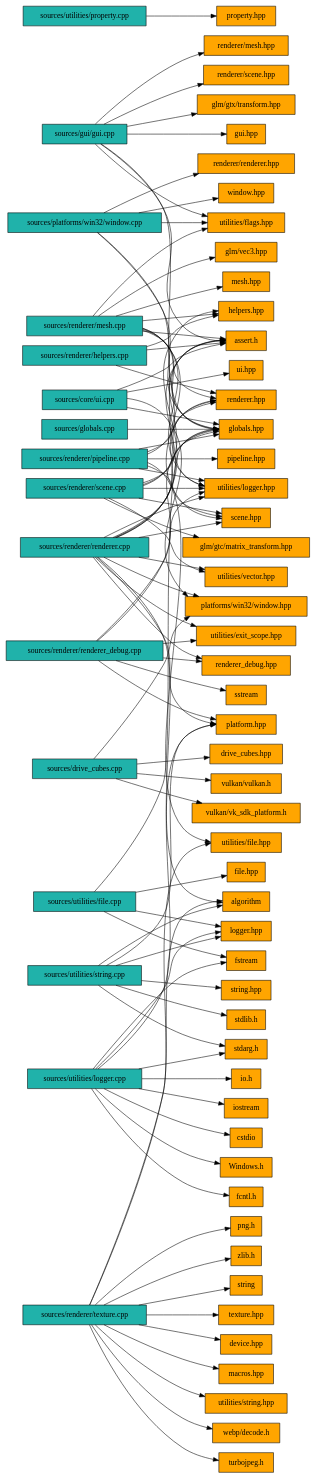
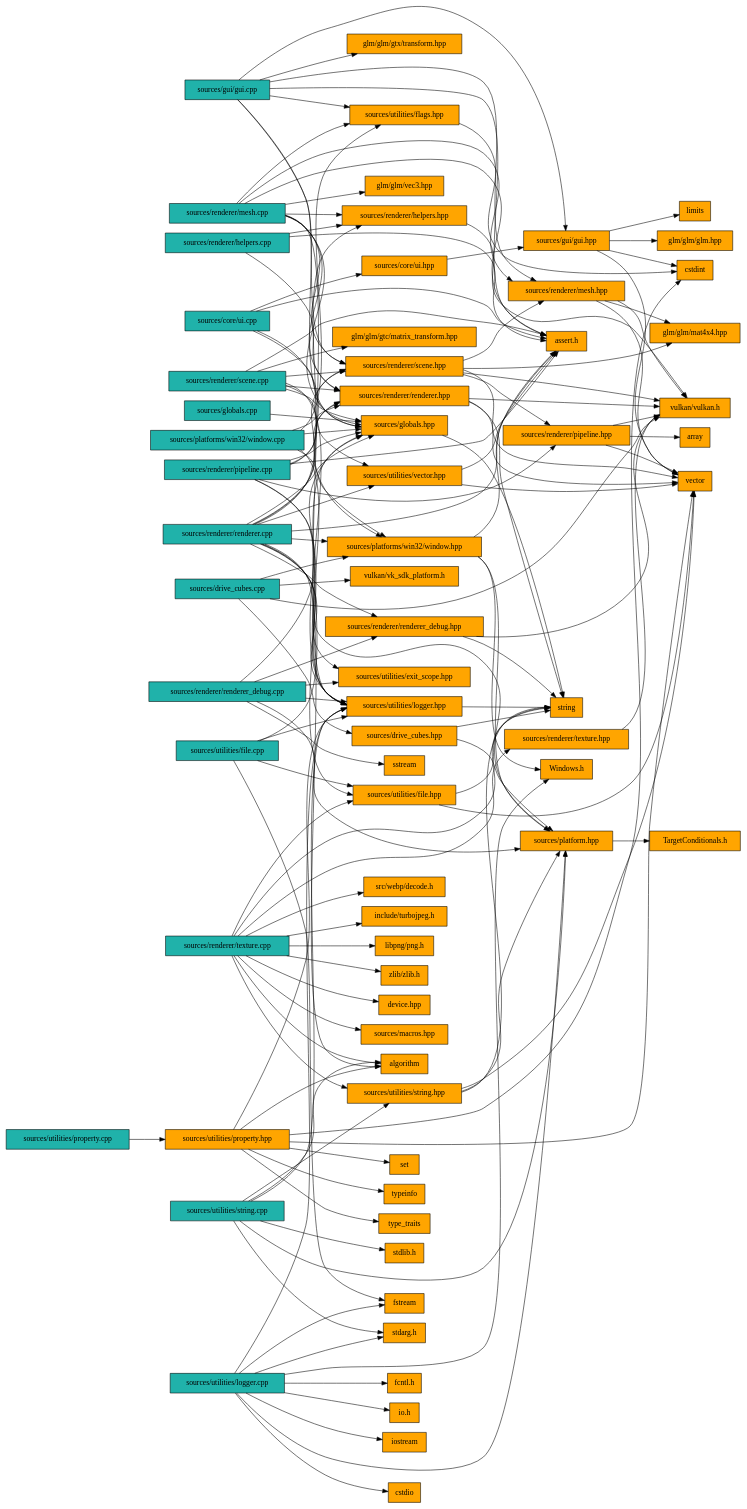
Before and after one commit to Flamaros/cpp-includes-graph: the diagram in results/DriveCubes.dot, drawn with Graphviz. The commit also changed 4 other files, not shown here.

```diff
--- a/results/DriveCubes.dot
+++ b/results/DriveCubes.dot
@@ -2,164 +2,213 @@
 	rankdir = LR
 	a [label="sources/core/ui.cpp" shape=box, style=filled, fillcolor=lightseagreen]
 	a -> b
-	b [label="ui.hpp" shape=box, style=filled, fillcolor=orange]
-	a -> c
-	c [label="globals.hpp" shape=box, style=filled, fillcolor=orange]
-	a -> d
-	d [label="platforms/win32/window.hpp" shape=box, style=filled, fillcolor=orange]
-	a -> e
-	e [label="assert.h" shape=box, style=filled, fillcolor=orange]
-	f [label="sources/drive_cubes.cpp" shape=box, style=filled, fillcolor=lightseagreen]
-	f -> g
-	g [label="drive_cubes.hpp" shape=box, style=filled, fillcolor=orange]
-	f -> h
-	h [label="vulkan/vulkan.h" shape=box, style=filled, fillcolor=orange]
-	f -> i
-	i [label="vulkan/vk_sdk_platform.h" shape=box, style=filled, fillcolor=orange]
-	f -> d
-	j [label="sources/globals.cpp" shape=box, style=filled, fillcolor=lightseagreen]
-	j -> c
-	k [label="sources/gui/gui.cpp" shape=box, style=filled, fillcolor=lightseagreen]
+	b [label="sources/core/ui.hpp" shape=box, style=filled, fillcolor=orange]
+	b -> c
+	c [label="sources/gui/gui.hpp" shape=box, style=filled, fillcolor=orange]
+	c -> d
+	d [label="limits" shape=box, style=filled, fillcolor=orange]
+	c -> e
+	e [label="vector" shape=box, style=filled, fillcolor=orange]
+	c -> f
+	f [label="cstdint" shape=box, style=filled, fillcolor=orange]
+	c -> g
+	g [label="glm/glm/glm.hpp" shape=box, style=filled, fillcolor=orange]
+	a -> h
+	h [label="sources/globals.hpp" shape=box, style=filled, fillcolor=orange]
+	h -> i
+	i [label="string" shape=box, style=filled, fillcolor=orange]
+	a -> j
+	j [label="sources/platforms/win32/window.hpp" shape=box, style=filled, fillcolor=orange]
+	j -> k
+	k [label="sources/platform.hpp" shape=box, style=filled, fillcolor=orange]
 	k -> l
-	l [label="gui.hpp" shape=box, style=filled, fillcolor=orange]
-	k -> m
-	m [label="renderer/mesh.hpp" shape=box, style=filled, fillcolor=orange]
-	k -> n
-	n [label="renderer/scene.hpp" shape=box, style=filled, fillcolor=orange]
-	k -> o
-	o [label="utilities/flags.hpp" shape=box, style=filled, fillcolor=orange]
-	k -> c
-	k -> p
-	p [label="glm/gtx/transform.hpp" shape=box, style=filled, fillcolor=orange]
-	k -> e
-	q [label="sources/platforms/win32/window.cpp" shape=box, style=filled, fillcolor=lightseagreen]
-	q -> r
-	r [label="window.hpp" shape=box, style=filled, fillcolor=orange]
-	q -> o
-	q -> s
-	s [label="utilities/logger.hpp" shape=box, style=filled, fillcolor=orange]
-	q -> t
-	t [label="renderer/renderer.hpp" shape=box, style=filled, fillcolor=orange]
-	q -> c
-	u [label="sources/renderer/helpers.cpp" shape=box, style=filled, fillcolor=lightseagreen]
+	l [label="TargetConditionals.h" shape=box, style=filled, fillcolor=orange]
+	j -> m
+	m [label="Windows.h" shape=box, style=filled, fillcolor=orange]
+	j -> n
+	n [label="assert.h" shape=box, style=filled, fillcolor=orange]
+	a -> n
+	o [label="sources/drive_cubes.cpp" shape=box, style=filled, fillcolor=lightseagreen]
+	o -> p
+	p [label="sources/drive_cubes.hpp" shape=box, style=filled, fillcolor=orange]
+	p -> k
+	p -> i
+	o -> q
+	q [label="vulkan/vulkan.h" shape=box, style=filled, fillcolor=orange]
+	o -> r
+	r [label="vulkan/vk_sdk_platform.h" shape=box, style=filled, fillcolor=orange]
+	o -> j
+	s [label="sources/globals.cpp" shape=box, style=filled, fillcolor=lightseagreen]
+	s -> h
+	t [label="sources/gui/gui.cpp" shape=box, style=filled, fillcolor=lightseagreen]
+	t -> c
+	t -> u
+	u [label="sources/renderer/mesh.hpp" shape=box, style=filled, fillcolor=orange]
+	u -> q
 	u -> v
-	v [label="helpers.hpp" shape=box, style=filled, fillcolor=orange]
-	u -> w
-	w [label="renderer.hpp" shape=box, style=filled, fillcolor=orange]
+	v [label="glm/glm/mat4x4.hpp" shape=box, style=filled, fillcolor=orange]
 	u -> e
-	x [label="sources/renderer/mesh.cpp" shape=box, style=filled, fillcolor=lightseagreen]
+	t -> w
+	w [label="sources/renderer/scene.hpp" shape=box, style=filled, fillcolor=orange]
+	w -> u
+	w -> x
+	x [label="sources/renderer/pipeline.hpp" shape=box, style=filled, fillcolor=orange]
+	x -> q
 	x -> y
-	y [label="mesh.hpp" shape=box, style=filled, fillcolor=orange]
-	x -> v
-	x -> w
-	x -> z
-	z [label="scene.hpp" shape=box, style=filled, fillcolor=orange]
-	x -> o
-	x -> s
-	x -> c
-	x -> ab
-	ab [label="glm/vec3.hpp" shape=box, style=filled, fillcolor=orange]
+	y [label="array" shape=box, style=filled, fillcolor=orange]
 	x -> e
-	bb [label="sources/renderer/pipeline.cpp" shape=box, style=filled, fillcolor=lightseagreen]
+	w -> q
+	w -> e
+	w -> v
+	t -> z
+	z [label="sources/utilities/flags.hpp" shape=box, style=filled, fillcolor=orange]
+	z -> f
+	t -> h
+	t -> ab
+	ab [label="glm/glm/gtx/transform.hpp" shape=box, style=filled, fillcolor=orange]
+	t -> n
+	bb [label="sources/platforms/win32/window.cpp" shape=box, style=filled, fillcolor=lightseagreen]
+	bb -> j
+	bb -> z
 	bb -> cb
-	cb [label="pipeline.hpp" shape=box, style=filled, fillcolor=orange]
-	bb -> w
-	bb -> z
+	cb [label="sources/utilities/logger.hpp" shape=box, style=filled, fillcolor=orange]
+	cb -> i
 	bb -> db
-	db [label="utilities/file.hpp" shape=box, style=filled, fillcolor=orange]
-	bb -> s
-	bb -> c
-	bb -> e
-	eb [label="sources/renderer/renderer.cpp" shape=box, style=filled, fillcolor=lightseagreen]
-	eb -> w
-	eb -> v
+	db [label="sources/renderer/renderer.hpp" shape=box, style=filled, fillcolor=orange]
+	db -> q
+	db -> i
+	db -> e
+	bb -> h
+	eb [label="sources/renderer/helpers.cpp" shape=box, style=filled, fillcolor=lightseagreen]
 	eb -> fb
-	fb [label="renderer_debug.hpp" shape=box, style=filled, fillcolor=orange]
-	eb -> z
-	eb -> d
-	eb -> gb
-	gb [label="utilities/exit_scope.hpp" shape=box, style=filled, fillcolor=orange]
-	eb -> s
-	eb -> hb
-	hb [label="utilities/vector.hpp" shape=box, style=filled, fillcolor=orange]
-	eb -> c
-	eb -> ib
-	ib [label="platform.hpp" shape=box, style=filled, fillcolor=orange]
-	eb -> jb
-	jb [label="algorithm" shape=box, style=filled, fillcolor=orange]
-	eb -> e
-	kb [label="sources/renderer/renderer_debug.cpp" shape=box, style=filled, fillcolor=lightseagreen]
+	fb [label="sources/renderer/helpers.hpp" shape=box, style=filled, fillcolor=orange]
+	fb -> q
+	eb -> db
+	eb -> n
+	gb [label="sources/renderer/mesh.cpp" shape=box, style=filled, fillcolor=lightseagreen]
+	gb -> u
+	gb -> fb
+	gb -> db
+	gb -> w
+	gb -> z
+	gb -> cb
+	gb -> h
+	gb -> hb
+	hb [label="glm/glm/vec3.hpp" shape=box, style=filled, fillcolor=orange]
+	gb -> n
+	ib [label="sources/renderer/pipeline.cpp" shape=box, style=filled, fillcolor=lightseagreen]
+	ib -> x
+	ib -> db
+	ib -> w
+	ib -> jb
+	jb [label="sources/utilities/file.hpp" shape=box, style=filled, fillcolor=orange]
+	jb -> i
+	jb -> e
+	ib -> cb
+	ib -> h
+	ib -> n
+	kb [label="sources/renderer/renderer.cpp" shape=box, style=filled, fillcolor=lightseagreen]
+	kb -> db
 	kb -> fb
-	kb -> gb
-	kb -> s
-	kb -> c
-	kb -> ib
 	kb -> lb
-	lb [label="sstream" shape=box, style=filled, fillcolor=orange]
-	mb [label="sources/renderer/scene.cpp" shape=box, style=filled, fillcolor=lightseagreen]
-	mb -> z
-	mb -> w
-	mb -> nb
-	nb [label="glm/gtc/matrix_transform.hpp" shape=box, style=filled, fillcolor=orange]
-	mb -> s
-	mb -> hb
-	mb -> c
-	mb -> e
-	ob [label="sources/renderer/texture.cpp" shape=box, style=filled, fillcolor=lightseagreen]
-	ob -> pb
-	pb [label="texture.hpp" shape=box, style=filled, fillcolor=orange]
-	ob -> qb
-	qb [label="device.hpp" shape=box, style=filled, fillcolor=orange]
-	ob -> rb
-	rb [label="macros.hpp" shape=box, style=filled, fillcolor=orange]
-	ob -> db
-	ob -> sb
-	sb [label="utilities/string.hpp" shape=box, style=filled, fillcolor=orange]
-	ob -> tb
-	tb [label="webp/decode.h" shape=box, style=filled, fillcolor=orange]
-	ob -> ub
-	ub [label="turbojpeg.h" shape=box, style=filled, fillcolor=orange]
-	ob -> vb
-	vb [label="png.h" shape=box, style=filled, fillcolor=orange]
-	ob -> wb
-	wb [label="zlib.h" shape=box, style=filled, fillcolor=orange]
-	ob -> xb
-	xb [label="string" shape=box, style=filled, fillcolor=orange]
-	ob -> jb
-	yb [label="sources/utilities/file.cpp" shape=box, style=filled, fillcolor=lightseagreen]
-	yb -> zb
-	zb [label="file.hpp" shape=box, style=filled, fillcolor=orange]
-	yb -> ac
-	ac [label="logger.hpp" shape=box, style=filled, fillcolor=orange]
-	yb -> c
-	yb -> bc
-	bc [label="fstream" shape=box, style=filled, fillcolor=orange]
-	cc [label="sources/utilities/logger.cpp" shape=box, style=filled, fillcolor=lightseagreen]
-	cc -> ac
-	cc -> ib
+	lb [label="sources/renderer/renderer_debug.hpp" shape=box, style=filled, fillcolor=orange]
+	lb -> q
+	lb -> i
+	kb -> w
+	kb -> j
+	kb -> mb
+	mb [label="sources/utilities/exit_scope.hpp" shape=box, style=filled, fillcolor=orange]
+	kb -> cb
+	kb -> nb
+	nb [label="sources/utilities/vector.hpp" shape=box, style=filled, fillcolor=orange]
+	nb -> e
+	nb -> n
+	kb -> h
+	kb -> k
+	kb -> ob
+	ob [label="algorithm" shape=box, style=filled, fillcolor=orange]
+	kb -> n
+	pb [label="sources/renderer/renderer_debug.cpp" shape=box, style=filled, fillcolor=lightseagreen]
+	pb -> lb
+	pb -> mb
+	pb -> cb
+	pb -> h
+	pb -> k
+	pb -> qb
+	qb [label="sstream" shape=box, style=filled, fillcolor=orange]
+	rb [label="sources/renderer/scene.cpp" shape=box, style=filled, fillcolor=lightseagreen]
+	rb -> w
+	rb -> db
+	rb -> sb
+	sb [label="glm/glm/gtc/matrix_transform.hpp" shape=box, style=filled, fillcolor=orange]
+	rb -> cb
+	rb -> nb
+	rb -> h
+	rb -> n
+	tb [label="sources/renderer/texture.cpp" shape=box, style=filled, fillcolor=lightseagreen]
+	tb -> ub
+	ub [label="sources/renderer/texture.hpp" shape=box, style=filled, fillcolor=orange]
+	ub -> q
+	tb -> vb
+	vb [label="device.hpp" shape=box, style=filled, fillcolor=orange]
+	tb -> wb
+	wb [label="sources/macros.hpp" shape=box, style=filled, fillcolor=orange]
+	tb -> jb
+	tb -> xb
+	xb [label="sources/utilities/string.hpp" shape=box, style=filled, fillcolor=orange]
+	xb -> k
+	xb -> i
+	xb -> e
+	tb -> yb
+	yb [label="src/webp/decode.h" shape=box, style=filled, fillcolor=orange]
+	tb -> zb
+	zb [label="include/turbojpeg.h" shape=box, style=filled, fillcolor=orange]
+	tb -> ac
+	ac [label="libpng/png.h" shape=box, style=filled, fillcolor=orange]
+	tb -> bc
+	bc [label="zlib/zlib.h" shape=box, style=filled, fillcolor=orange]
+	tb -> i
+	tb -> ob
+	cc [label="sources/utilities/file.cpp" shape=box, style=filled, fillcolor=lightseagreen]
+	cc -> jb
+	cc -> cb
+	cc -> h
 	cc -> dc
-	dc [label="cstdio" shape=box, style=filled, fillcolor=orange]
-	cc -> ec
-	ec [label="stdarg.h" shape=box, style=filled, fillcolor=orange]
-	cc -> fc
-	fc [label="Windows.h" shape=box, style=filled, fillcolor=orange]
-	cc -> gc
-	gc [label="fcntl.h" shape=box, style=filled, fillcolor=orange]
-	cc -> hc
-	hc [label="io.h" shape=box, style=filled, fillcolor=orange]
-	cc -> ic
-	ic [label="iostream" shape=box, style=filled, fillcolor=orange]
-	cc -> bc
-	jc [label="sources/utilities/property.cpp" shape=box, style=filled, fillcolor=lightseagreen]
-	jc -> kc
-	kc [label="property.hpp" shape=box, style=filled, fillcolor=orange]
-	lc [label="sources/utilities/string.cpp" shape=box, style=filled, fillcolor=lightseagreen]
+	dc [label="fstream" shape=box, style=filled, fillcolor=orange]
+	ec [label="sources/utilities/logger.cpp" shape=box, style=filled, fillcolor=lightseagreen]
+	ec -> cb
+	ec -> k
+	ec -> fc
+	fc [label="cstdio" shape=box, style=filled, fillcolor=orange]
+	ec -> gc
+	gc [label="stdarg.h" shape=box, style=filled, fillcolor=orange]
+	ec -> m
+	ec -> hc
+	hc [label="fcntl.h" shape=box, style=filled, fillcolor=orange]
+	ec -> ic
+	ic [label="io.h" shape=box, style=filled, fillcolor=orange]
+	ec -> jc
+	jc [label="iostream" shape=box, style=filled, fillcolor=orange]
+	ec -> dc
+	kc [label="sources/utilities/property.cpp" shape=box, style=filled, fillcolor=lightseagreen]
+	kc -> lc
+	lc [label="sources/utilities/property.hpp" shape=box, style=filled, fillcolor=orange]
+	lc -> cb
 	lc -> mc
-	mc [label="string.hpp" shape=box, style=filled, fillcolor=orange]
-	lc -> ac
-	lc -> ib
-	lc -> jb
-	lc -> ec
+	mc [label="type_traits" shape=box, style=filled, fillcolor=orange]
+	lc -> e
 	lc -> nc
-	nc [label="stdlib.h" shape=box, style=filled, fillcolor=orange]
+	nc [label="set" shape=box, style=filled, fillcolor=orange]
+	lc -> f
+	lc -> oc
+	oc [label="typeinfo" shape=box, style=filled, fillcolor=orange]
+	lc -> ob
+	pc [label="sources/utilities/string.cpp" shape=box, style=filled, fillcolor=lightseagreen]
+	pc -> xb
+	pc -> cb
+	pc -> k
+	pc -> ob
+	pc -> gc
+	pc -> qc
+	qc [label="stdlib.h" shape=box, style=filled, fillcolor=orange]
 }
```
